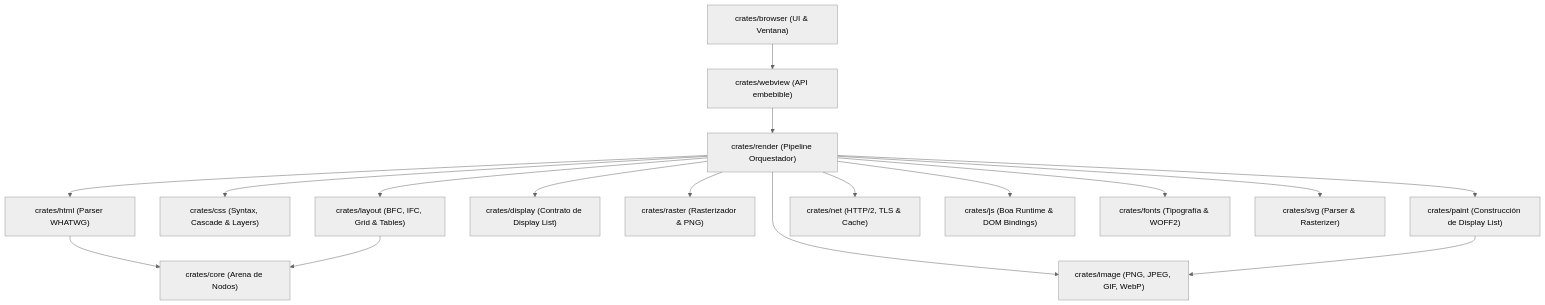
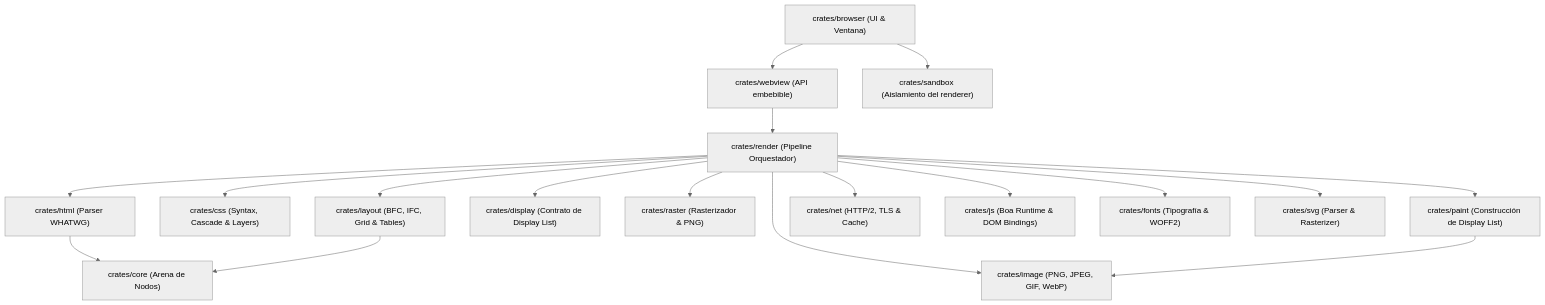
The diagram in README.md (juanpimg/Megi), drawn with Mermaid (neutral theme) before and after one commit. The commit also changed other lines of this file, not shown here.

````diff
--- a/README.md
+++ b/README.md
@@ -115,21 +115,21 @@
 ```mermaid
 graph TD
     render["crates/render (Pipeline Orquestador)"]
     render --> html["crates/html (Parser WHATWG)"]
     render --> css["crates/css (Syntax, Cascade & Layers)"]
     render --> layout["crates/layout (BFC, IFC, Grid & Tables)"]
     render --> display["crates/display (Contrato de Display List)"]
     render --> raster["crates/raster (Rasterizador & PNG)"]
     render --> paint["crates/paint (Construcción de Display List)"]
     render --> net["crates/net (HTTP/2, TLS & Cache)"]
     render --> js["crates/js (Boa Runtime & DOM Bindings)"]
     render --> fonts["crates/fonts (Tipografía & WOFF2)"]
     render --> image["crates/image (PNG, JPEG, GIF, WebP)"]
     render --> svg["crates/svg (Parser & Rasterizer)"]
     
     webview["crates/webview (API embebible)"] --> render
-    browser["crates/browser (UI & Ventana)"] --> webview
+    browser["crates/browser (UI & Ventana)"] --> webview & sandbox["crates/sandbox (Aislamiento del renderer)"]
     html --> dom["crates/core (Arena de Nodos)"]
     layout --> dom
     paint --> image
 ```
````
